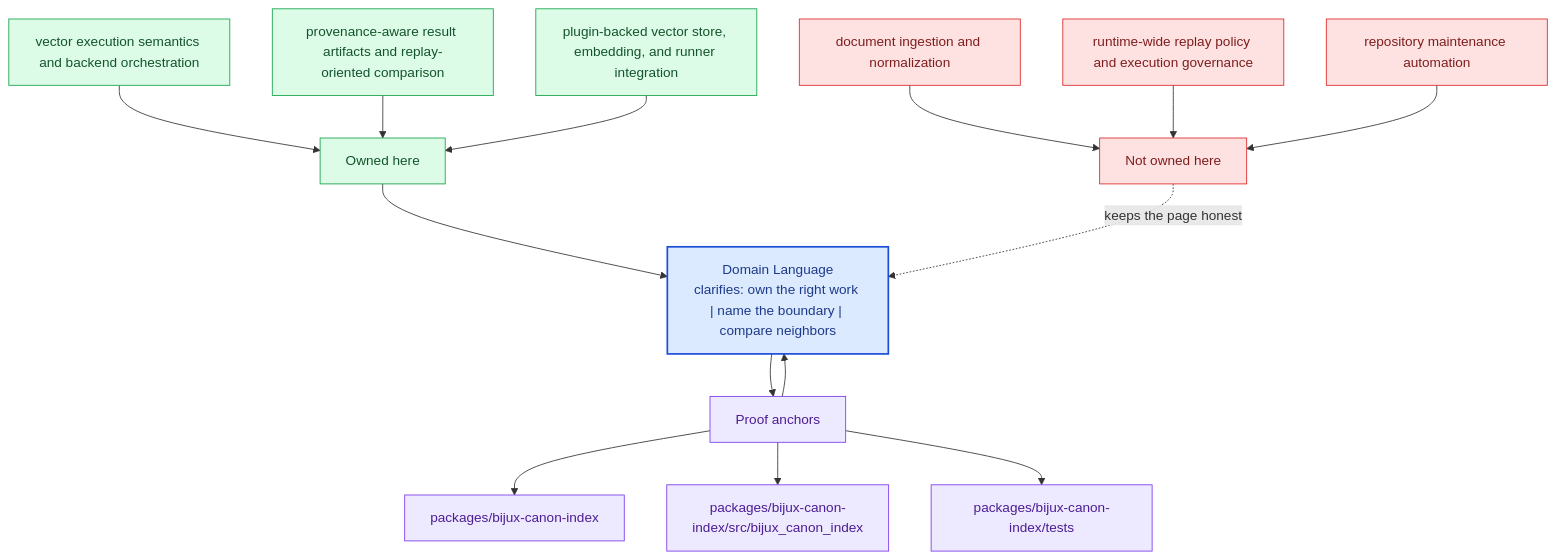
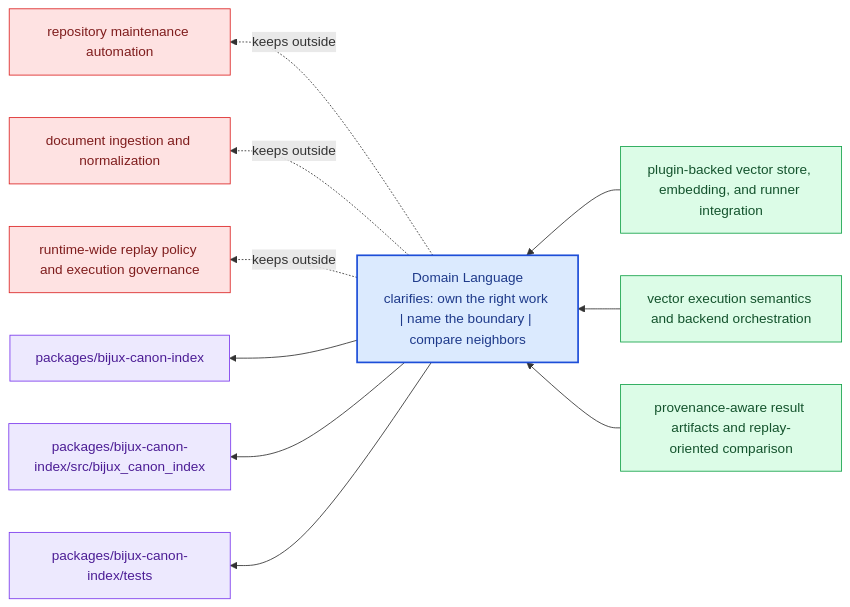
Before and after one commit to bijux/bijux-canon: the diagram in docs/bijux-canon-index/foundation/domain-language.md, drawn with Mermaid. The commit also changed other lines of this file and 281 other files, not shown here.

Commit message:
docs(diagrams): replace repeated mermaid scaffolds with page-specific summaries

````diff
--- a/docs/bijux-canon-index/foundation/domain-language.md
+++ b/docs/bijux-canon-index/foundation/domain-language.md
@@ -68,40 +23,31 @@
 ```mermaid
-flowchart TB
-    promise["Domain Language<br/>clarifies: own the right work | name the boundary | compare neighbors"]
-    classDef promise fill:#dbeafe,stroke:#1d4ed8,color:#1e3a8a,stroke-width:2px;
-    classDef driver fill:#dcfce7,stroke:#16a34a,color:#14532d;
-    classDef constraint fill:#fee2e2,stroke:#dc2626,color:#7f1d1d;
-    classDef ground fill:#ede9fe,stroke:#7c3aed,color:#4c1d95;
-    focus1["Owned here"]
-    focus1 --> promise
-    focus1_1["vector execution semantics and backend orchestration"]
-    focus1_1 --> focus1
-    focus1_2["provenance-aware result artifacts and replay-oriented comparison"]
-    focus1_2 --> focus1
-    focus1_3["plugin-backed vector store, embedding, and runner integration"]
-    focus1_3 --> focus1
-    class focus1 driver;
-    class focus1_1,focus1_2,focus1_3 driver;
-    focus2["Not owned here"]
-    focus2 -.keeps the page honest.-> promise
-    focus2_1["document ingestion and normalization"]
-    focus2_1 --> focus2
-    focus2_2["runtime-wide replay policy and execution governance"]
-    focus2_2 --> focus2
-    focus2_3["repository maintenance automation"]
-    focus2_3 --> focus2
-    class focus2 constraint;
-    class focus2_1,focus2_2,focus2_3 constraint;
-    focus3["Proof anchors"]
-    focus3 --> promise
-    promise --> focus3
-    focus3_1["packages/bijux-canon-index"]
-    focus3 --> focus3_1
-    focus3_2["packages/bijux-canon-index/src/bijux_canon_index"]
-    focus3 --> focus3_2
-    focus3_3["packages/bijux-canon-index/tests"]
-    focus3 --> focus3_3
-    class focus3 ground;
-    class focus3_1,focus3_2,focus3_3 ground;
-    class promise promise;
+flowchart RL
+    page["Domain Language<br/>clarifies: own the right work | name the boundary | compare neighbors"]
+    classDef page fill:#dbeafe,stroke:#1d4ed8,color:#1e3a8a,stroke-width:2px;
+    classDef positive fill:#dcfce7,stroke:#16a34a,color:#14532d;
+    classDef caution fill:#fee2e2,stroke:#dc2626,color:#7f1d1d;
+    classDef anchor fill:#ede9fe,stroke:#7c3aed,color:#4c1d95;
+    classDef action fill:#fef3c7,stroke:#d97706,color:#7c2d12;
+    own1["plugin-backed vector store, embedding, and runner integration"]
+    own1 --> page
+    own2["vector execution semantics and backend orchestration"]
+    own2 --> page
+    own3["provenance-aware result artifacts and replay-oriented comparison"]
+    own3 --> page
+    limit1["repository maintenance automation"]
+    page -.keeps outside.-> limit1
+    limit2["document ingestion and normalization"]
+    page -.keeps outside.-> limit2
+    limit3["runtime-wide replay policy and execution governance"]
+    page -.keeps outside.-> limit3
+    anchor1["packages/bijux-canon-index"]
+    page --> anchor1
+    anchor2["packages/bijux-canon-index/src/bijux_canon_index"]
+    page --> anchor2
+    anchor3["packages/bijux-canon-index/tests"]
+    page --> anchor3
+    class page page;
+    class own1,own2,own3 positive;
+    class limit1,limit2,limit3 caution;
+    class anchor1,anchor2,anchor3 anchor;
 ```
````
